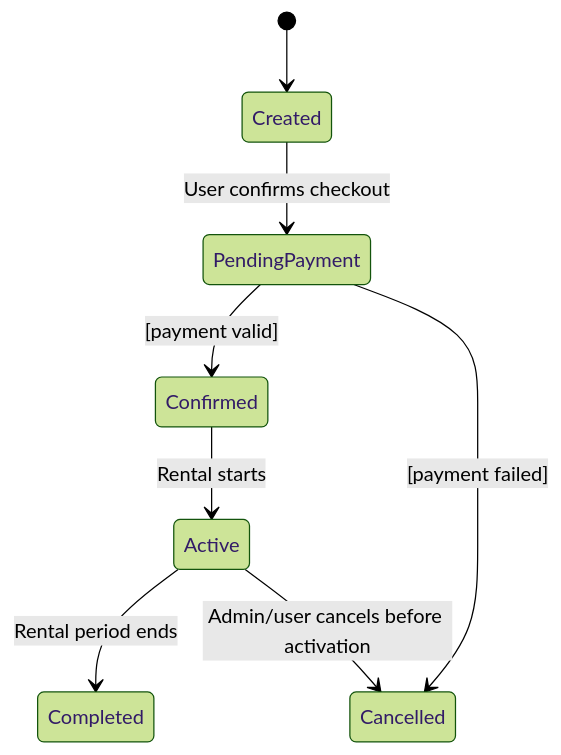
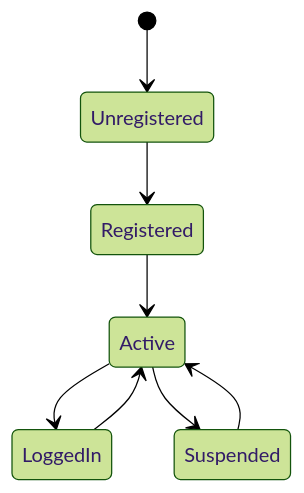
One commit to ThaakirahA/movie-rental-system changed the fourth of 8 diagrams in STATE_TRANSITION_DIAGRAMS.md. Above: the diagram before and after it, drawn with Mermaid (forest theme). The commit also changed other lines of this file, not shown here.

Commit message:
Refactor state transition diagrams for clarity

````diff
--- a/STATE_TRANSITION_DIAGRAMS.md
+++ b/STATE_TRANSITION_DIAGRAMS.md
@@ -56,10 +60,10 @@
 ```mermaid
 stateDiagram-v2
-    [*] --> Created
-    Created --> PendingPayment : User confirms checkout
-    PendingPayment --> Confirmed : [payment valid]
-    PendingPayment --> Cancelled : [payment failed]
-    Confirmed --> Active : Rental starts
-    Active --> Completed : Rental period ends
-    Active --> Cancelled : Admin/user cancels before activation
+    [*] --> Unregistered
+    Unregistered --> Registered
+    Registered --> Active
+    Active --> LoggedIn
+    LoggedIn --> Active
+    Active --> Suspended
+    Suspended --> Active
 ```
````
